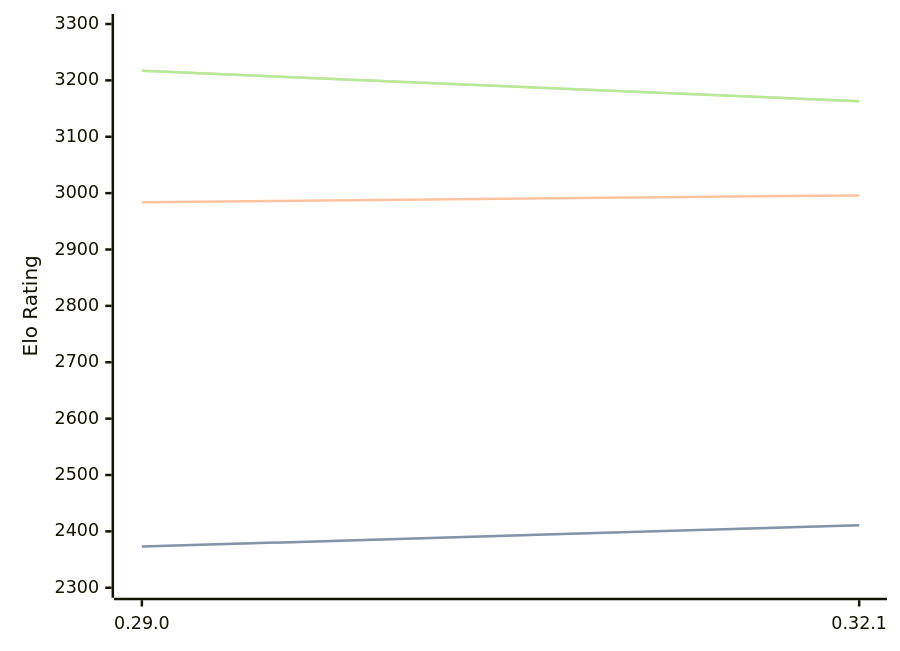
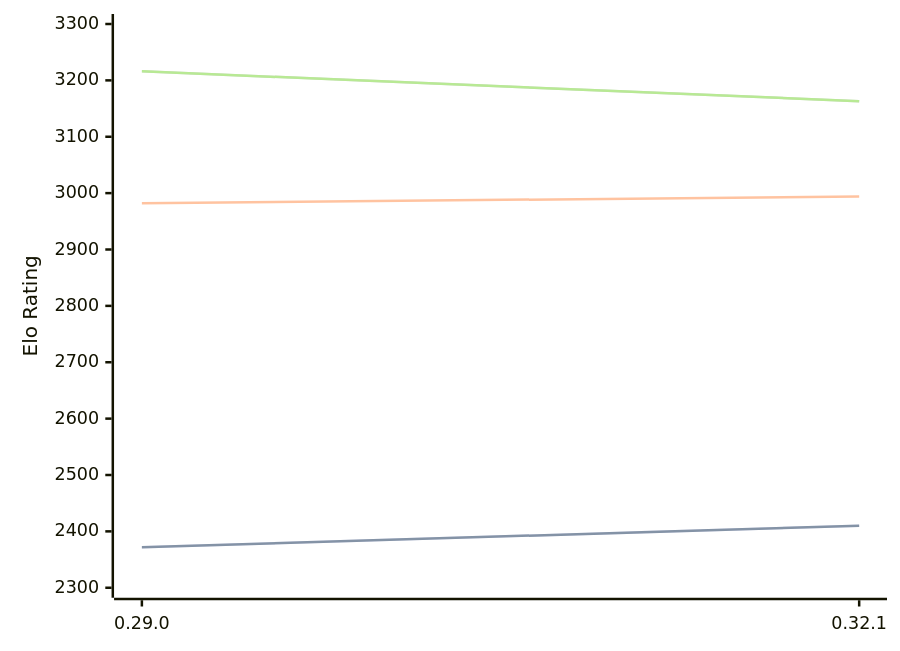
The diagram in engines/Lc0.md (computer-chess-index/cci), drawn with Mermaid before and after one commit. The commit also changed other lines of this file, not shown here.

Commit message:
Update CCI Ratings (ELO VLTC) - 2026-06-07

````diff
--- a/engines/Lc0.md
+++ b/engines/Lc0.md
@@ -68,11 +68,11 @@
 ```mermaid
 %%{init: {"theme":"base","themeVariables":{"seriesColors:['#a3a3a3','#222221','#faa371']}}}%%
 xychart-beta
   x-axis ["0.29.0", "0.32.1"]
   y-axis "Elo Rating" 2300 --> 3300
-  line "STC (8.0+0.08s)" [2373, 2411]
-  line "STC (8.0+0.08s)" [2373, 2411]
-  line "LTC (60.0+0.60s)" [2984, 2996]
-  line "VLTC (2m24s+1.12s)" [3217, 3163]
-  line "VLTC (2m24s+1.12s)" [3217, 3163]
+  line "STC (8.0+0.08s)" [2372, 2410]
+  line "STC (8.0+0.08s)" [2372, 2410]
+  line "LTC (60.0+0.60s)" [2982, 2994]
+  line "VLTC (2m24s+1.12s)" [3216, 3163]
+  line "VLTC (2m24s+1.12s)" [3216, 3163]
 ```
````
